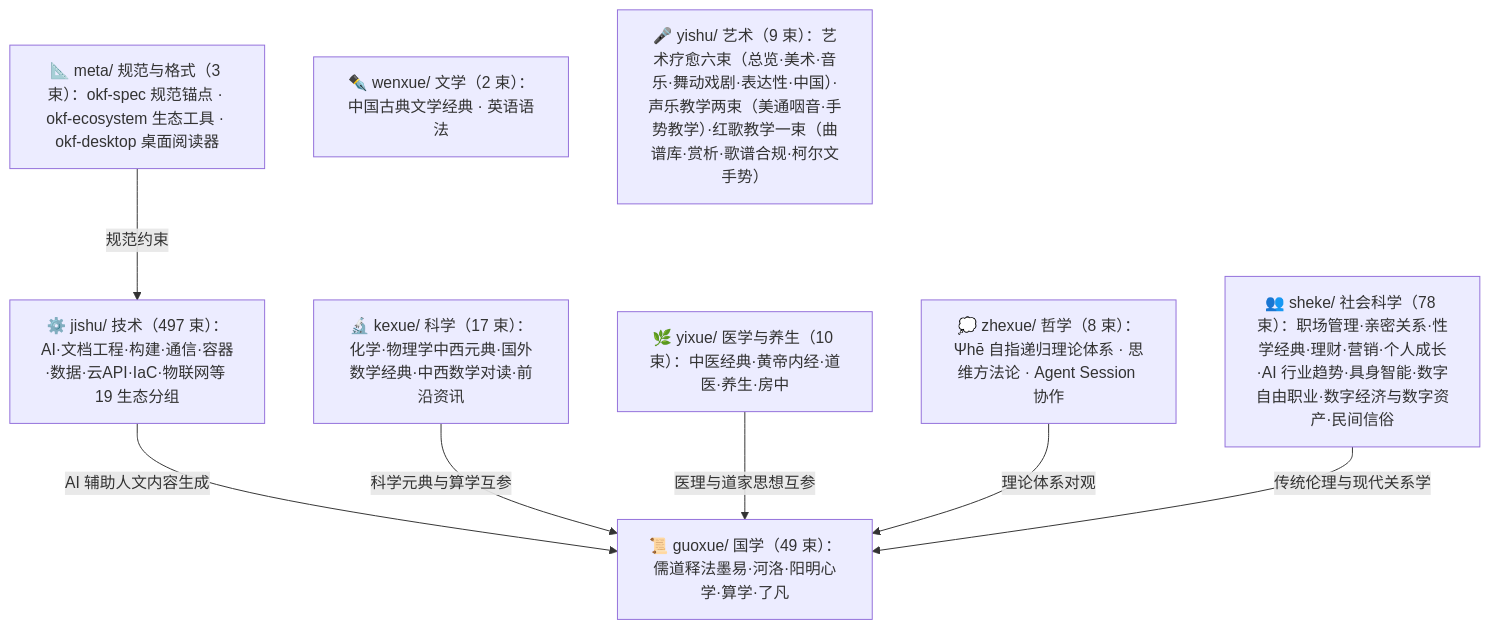
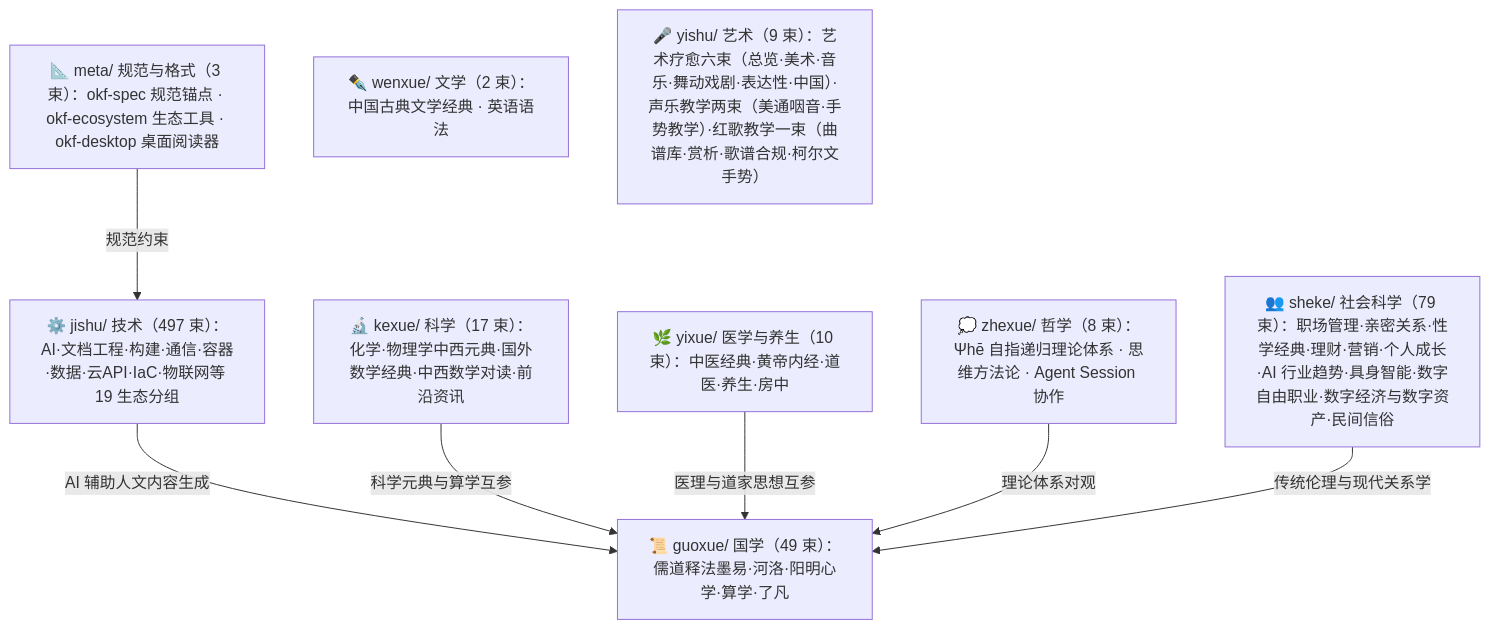
One commit to awesome-flexloop/awesome-okf changed the diagram in doc/bundles/index.md. Above: the diagram before and after it, drawn with Mermaid. The commit also changed other lines of this file and 23 other files, not shown here.

````diff
--- a/doc/bundles/index.md
+++ b/doc/bundles/index.md
@@ -21,18 +21,18 @@
 ```mermaid
 flowchart TD
     meta["📐 meta/ 规范与格式（3 束）：okf-spec 规范锚点 · okf-ecosystem 生态工具 · okf-desktop 桌面阅读器"]
     guoxue["📜 guoxue/ 国学（49 束）：儒道释法墨易·河洛·阳明心学·算学·了凡"]
     zhexue["💭 zhexue/ 哲学（8 束）：Ψhē 自指递归理论体系 · 思维方法论 · Agent Session 协作"]
     kexue["🔬 kexue/ 科学（17 束）：化学·物理学中西元典·国外数学经典·中西数学对读·前沿资讯"]
     wenxue["✒️ wenxue/ 文学（2 束）：中国古典文学经典 · 英语语法"]
     yixue["🌿 yixue/ 医学与养生（10 束）：中医经典·黄帝内经·道医·养生·房中"]
-    sheke["👥 sheke/ 社会科学（78 束）：职场管理·亲密关系·性学经典·理财·营销·个人成长·AI 行业趋势·具身智能·数字自由职业·数字经济与数字资产·民间信俗"]
+    sheke["👥 sheke/ 社会科学（79 束）：职场管理·亲密关系·性学经典·理财·营销·个人成长·AI 行业趋势·具身智能·数字自由职业·数字经济与数字资产·民间信俗"]
     yishu["🎤 yishu/ 艺术（9 束）：艺术疗愈六束（总览·美术·音乐·舞动戏剧·表达性·中国）·声乐教学两束（美通咽音·手势教学）·红歌教学一束（曲谱库·赏析·歌谱合规·柯尔文手势）"]
     jishu["⚙️ jishu/ 技术（497 束）：AI·文档工程·构建·通信·容器·数据·云API·IaC·物联网等 19 生态分组"]
     meta -->|"规范约束"| jishu
     jishu -->|"AI 辅助人文内容生成"| guoxue
     kexue -->|"科学元典与算学互参"| guoxue
     yixue -->|"医理与道家思想互参"| guoxue
     zhexue -->|"理论体系对观"| guoxue
     sheke -->|"传统伦理与现代关系学"| guoxue
 ```
````
